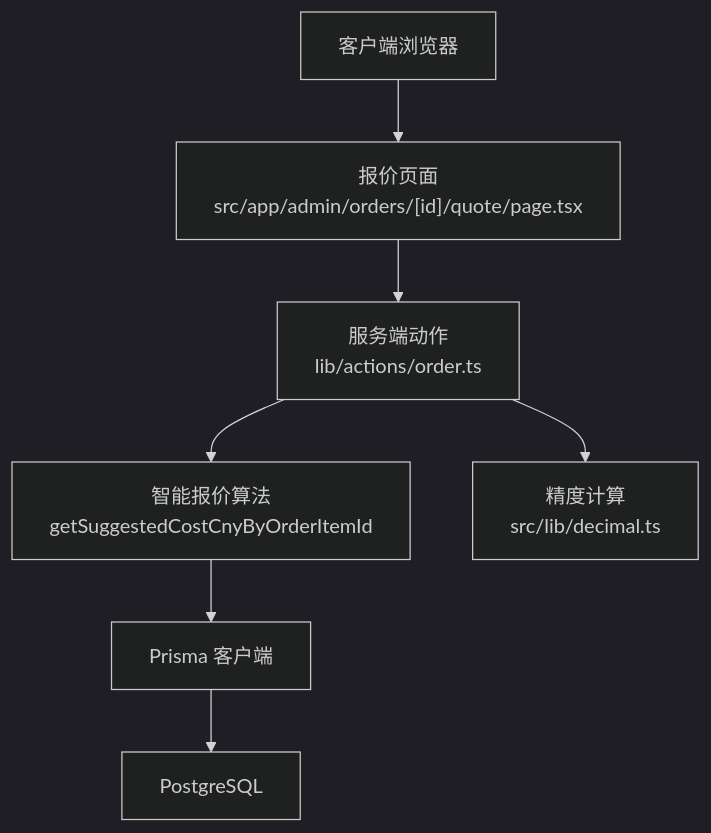
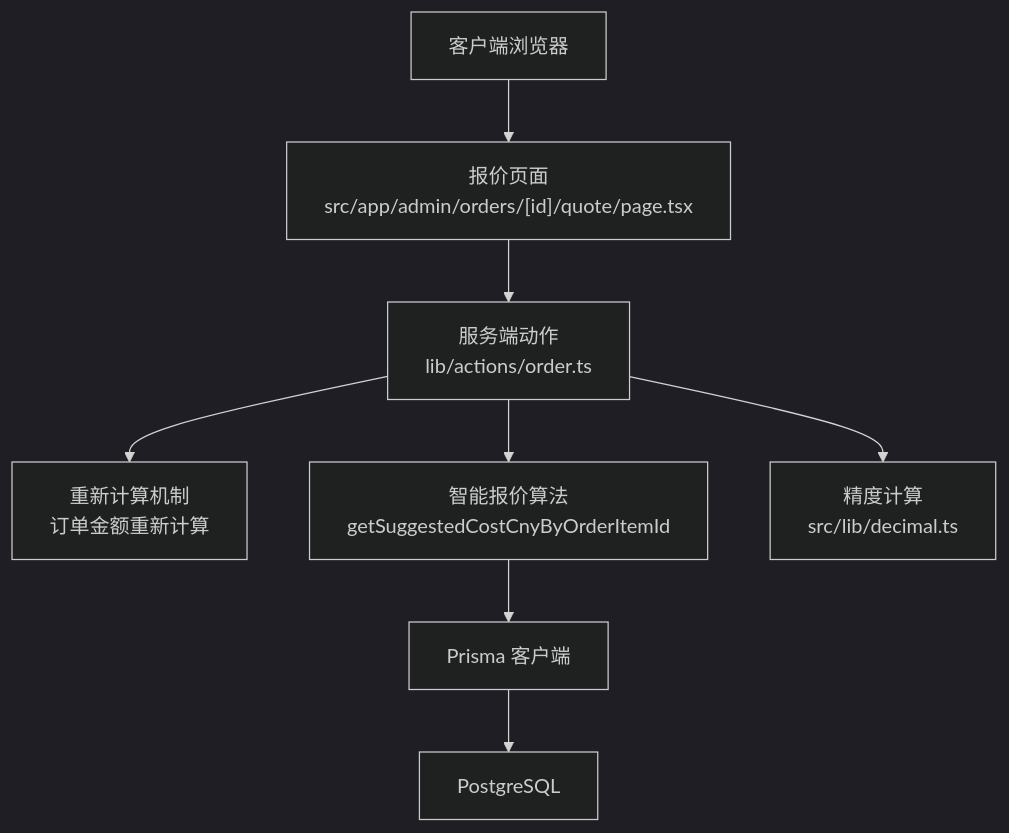
The second of 10 diagrams in .qoder/repowiki/zh/content/管理后台系统/订单管理系统.md (three3638-arch/celestia_2b), drawn with Mermaid (dark theme) before and after one commit. The commit also changed other lines of this file and 5 other files, not shown here.

````diff
--- a/.qoder/repowiki/zh/content/管理后台系统/订单管理系统.md
+++ b/.qoder/repowiki/zh/content/管理后台系统/订单管理系统.md
@@ -100,16 +104,18 @@
 ```mermaid
 graph TB
 Client["客户端浏览器"]
 QuotePage["报价页面<br/>src/app/admin/orders/[id]/quote/page.tsx"]
 Action["服务端动作<br/>lib/actions/order.ts"]
+Recompute["重新计算机制<br/>订单金额重新计算"]
 Algo["智能报价算法<br/>getSuggestedCostCnyByOrderItemId"]
 Prisma["Prisma 客户端"]
 PG["PostgreSQL"]
 DECIMAL["精度计算<br/>src/lib/decimal.ts"]
 Client --> QuotePage
 QuotePage --> Action
+Action --> Recompute
 Action --> Algo
 Algo --> Prisma
 Prisma --> PG
 Action --> DECIMAL
 ```
````
